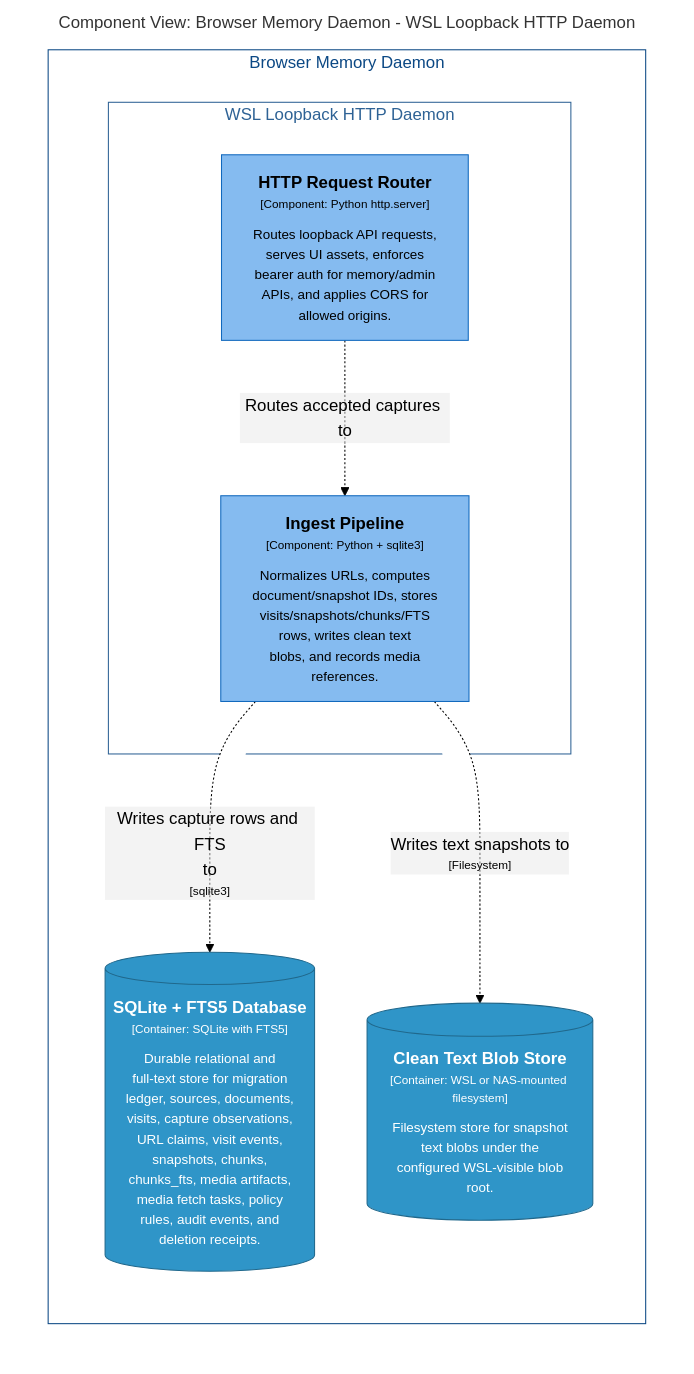
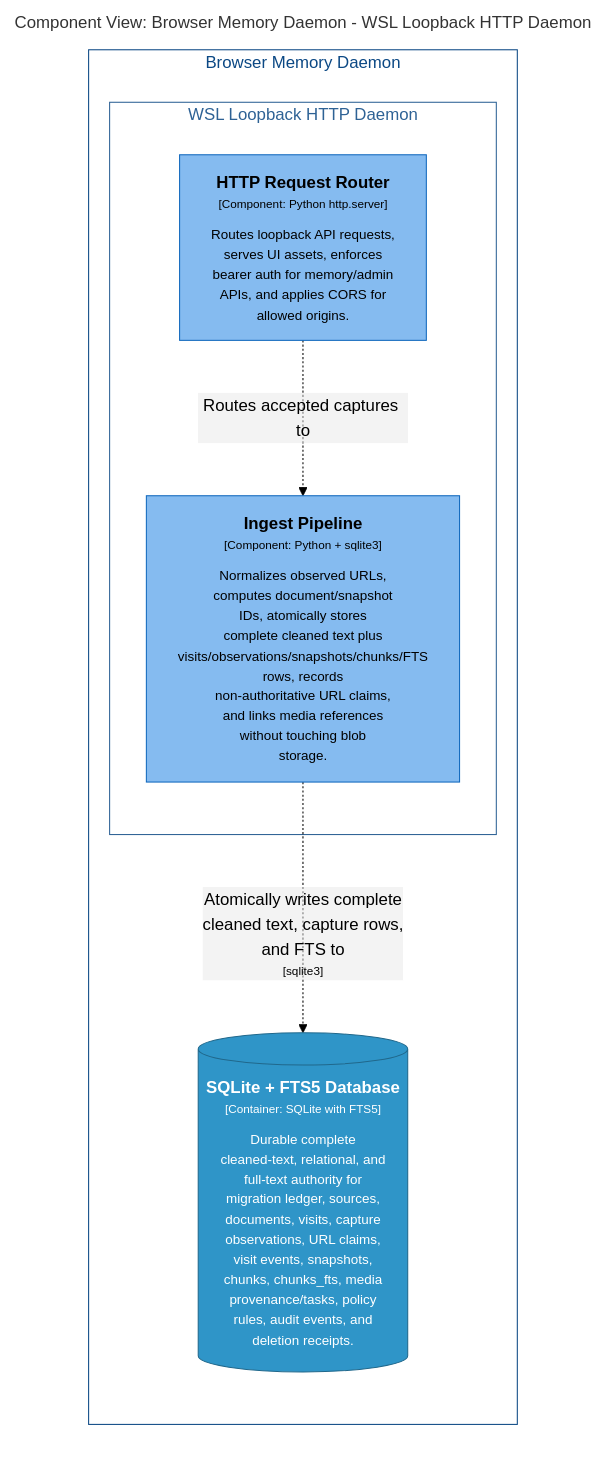
The diagram in docs/architecture/diagrams/markdown/DaemonIngestComponents.md (michaelnicks0/browser-memory-daemon), drawn with Mermaid (forest theme) before and after one commit. The commit also changed 196 other files, not shown here.

Commit message:
feat(storage): make SQLite authoritative for snapshot text

````diff
--- a/docs/architecture/diagrams/markdown/DaemonIngestComponents.md
+++ b/docs/architecture/diagrams/markdown/DaemonIngestComponents.md
@@ -16,31 +16,28 @@
 ```mermaid
 graph LR
   linkStyle default fill:#ffffff
 
   subgraph diagram ["Component View: Browser Memory Daemon - WSL Loopback HTTP Daemon"]
     style diagram fill:#ffffff,stroke:#ffffff
 
     subgraph 4 ["Browser Memory Daemon"]
       style 4 fill:#ffffff,stroke:#0b4884,color:#0b4884
 
       subgraph 14 ["WSL Loopback HTTP Daemon"]
         style 14 fill:#ffffff,stroke:#2e6295,color:#2e6295
 
         15["<div style='font-weight: bold'>HTTP Request Router</div><div style='font-size: 70%; margin-top: 0px'>[Component: Python http.server]</div><div style='font-size: 80%; margin-top:10px'>Routes loopback API requests,<br />serves UI assets, enforces<br />bearer auth for memory/admin<br />APIs, and applies CORS for<br />allowed origins.</div>"]
         style 15 fill:#85bbf0,stroke:#1168bd,color:#000000
-        19["<div style='font-weight: bold'>Ingest Pipeline</div><div style='font-size: 70%; margin-top: 0px'>[Component: Python + sqlite3]</div><div style='font-size: 80%; margin-top:10px'>Normalizes URLs, computes<br />document/snapshot IDs, stores<br />visits/snapshots/chunks/FTS<br />rows, writes clean text<br />blobs, and records media<br />references.</div>"]
+        19["<div style='font-weight: bold'>Ingest Pipeline</div><div style='font-size: 70%; margin-top: 0px'>[Component: Python + sqlite3]</div><div style='font-size: 80%; margin-top:10px'>Normalizes observed URLs,<br />computes document/snapshot<br />IDs, atomically stores<br />complete cleaned text plus<br />visits/observations/snapshots/chunks/FTS<br />rows, records<br />non-authoritative URL claims,<br />and links media references<br />without touching blob<br />storage.</div>"]
         style 19 fill:#85bbf0,stroke:#1168bd,color:#000000
       end
 
-      28[("<div style='font-weight: bold'>SQLite + FTS5 Database</div><div style='font-size: 70%; margin-top: 0px'>[Container: SQLite with FTS5]</div><div style='font-size: 80%; margin-top:10px'>Durable relational and<br />full-text store for migration<br />ledger, sources, documents,<br />visits, capture observations,<br />URL claims, visit events,<br />snapshots, chunks,<br />chunks_fts, media artifacts,<br />media fetch tasks, policy<br />rules, audit events, and<br />deletion receipts.</div>")]
-      style 28 fill:#2f95c8,stroke:#20688c,color:#ffffff
-      29[("<div style='font-weight: bold'>Clean Text Blob Store</div><div style='font-size: 70%; margin-top: 0px'>[Container: WSL or NAS-mounted filesystem]</div><div style='font-size: 80%; margin-top:10px'>Filesystem store for snapshot<br />text blobs under the<br />configured WSL-visible blob<br />root.</div>")]
+      29[("<div style='font-weight: bold'>SQLite + FTS5 Database</div><div style='font-size: 70%; margin-top: 0px'>[Container: SQLite with FTS5]</div><div style='font-size: 80%; margin-top:10px'>Durable complete<br />cleaned-text, relational, and<br />full-text authority for<br />migration ledger, sources,<br />documents, visits, capture<br />observations, URL claims,<br />visit events, snapshots,<br />chunks, chunks_fts, media<br />provenance/tasks, policy<br />rules, audit events, and<br />deletion receipts.</div>")]
       style 29 fill:#2f95c8,stroke:#20688c,color:#ffffff
     end
 
     15-. "<div>Routes accepted captures to</div><div style='font-size: 70%'></div>" .->19
-    19-. "<div>Writes capture rows and FTS<br />to</div><div style='font-size: 70%'>[sqlite3]</div>" .->28
-    19-. "<div>Writes text snapshots to</div><div style='font-size: 70%'>[Filesystem]</div>" .->29
+    19-. "<div>Atomically writes complete<br />cleaned text, capture rows,<br />and FTS to</div><div style='font-size: 70%'>[sqlite3]</div>" .->29
 
   end
 ```
````
